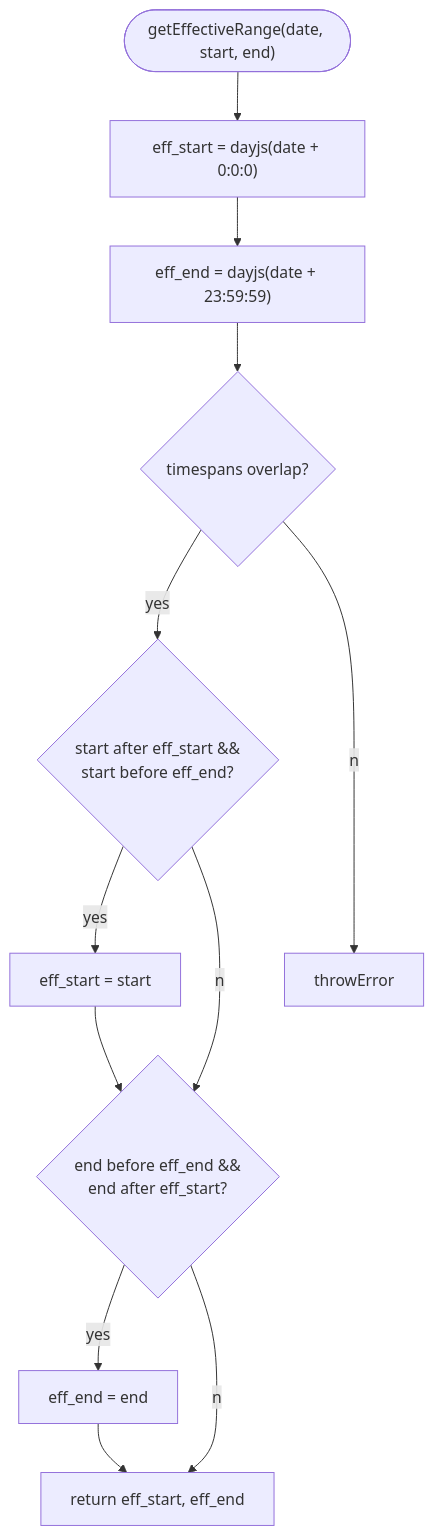
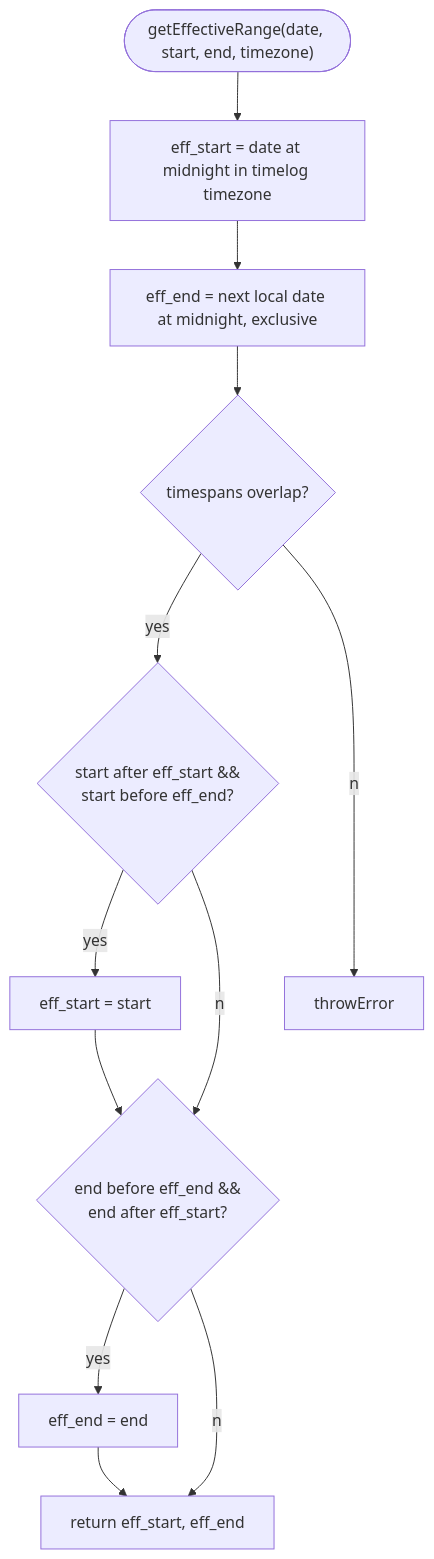
Before and after one commit to jannessm/LogFizz: the sixth of 7 diagrams in docs/balances.md, drawn with Mermaid. The commit also changed other lines of this file and 34 other files, not shown here.

````diff
--- a/docs/balances.md
+++ b/docs/balances.md
@@ -276,8 +291,8 @@
 ```mermaid
 graph TD
-getEffectiveRange(["getEffectiveRange(date, start, end)"]) --> getStart["eff_start = dayjs(date + 0:0:0)"] --> getEnd["eff_end = dayjs(date + 23:59:59)"]
+getEffectiveRange(["getEffectiveRange(date, start, end, timezone)"]) --> getStart["eff_start = date at midnight in timelog timezone"] --> getEnd["eff_end = next local date at midnight, exclusive"]
  --> sanity{timespans overlap?} --yes--> startafter{start after eff_start &&<br>start before eff_end?} --yes--> setStart[eff_start = start] --> endbefore
      startafter --no--> endbefore{end before eff_end &&<br>end after eff_start?} --yes--> setEnd[eff_end = end] --> return[return eff_start, eff_end]
      endbefore --no--> return
 sanity --no--> throwError
 ```
````
